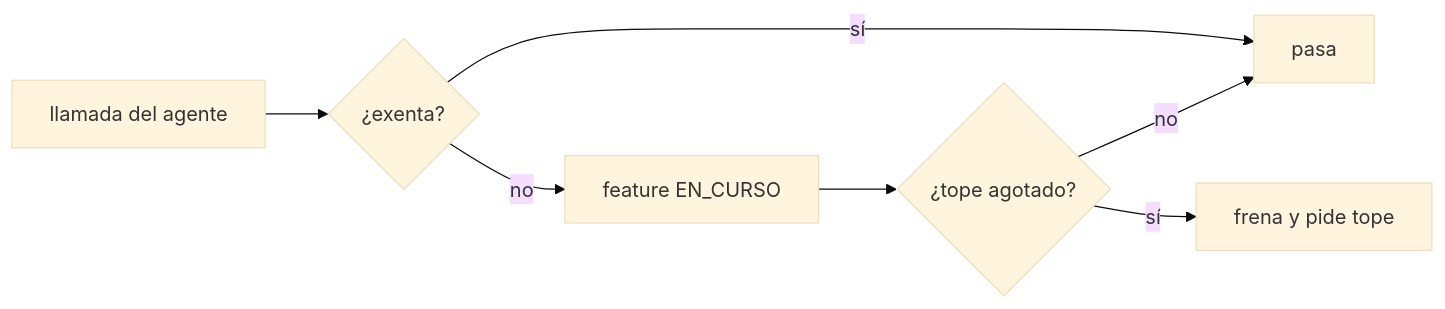
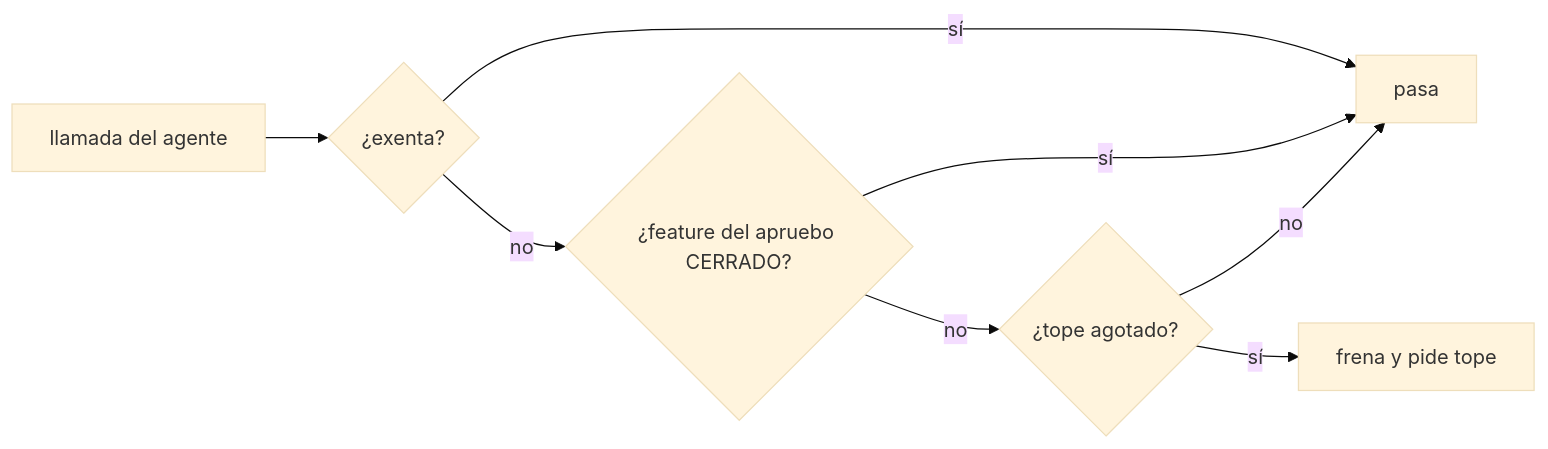
Before and after one commit to jliberal-aquas/aquas-central-harness-government: the first of 2 diagrams in docs/E001/F017/S001.md, drawn with Mermaid (base theme). The commit also changed other lines of this file and 19 other files, not shown here.

````diff
--- a/docs/E001/F017/S001.md
+++ b/docs/E001/F017/S001.md
@@ -53,9 +55,10 @@
 ```mermaid
 flowchart LR
     L["llamada del agente"] --> E{"¿exenta?"}
     E -- sí --> P["pasa"]
-    E -- no --> F["feature EN_CURSO"]
-    F --> T{"¿tope agotado?"}
+    E -- no --> F{"¿feature del apruebo CERRADO?"}
+    F -- sí --> P
+    F -- no --> T{"¿tope agotado?"}
     T -- no --> P
     T -- sí --> B["frena y pide tope"]
 ```
````
